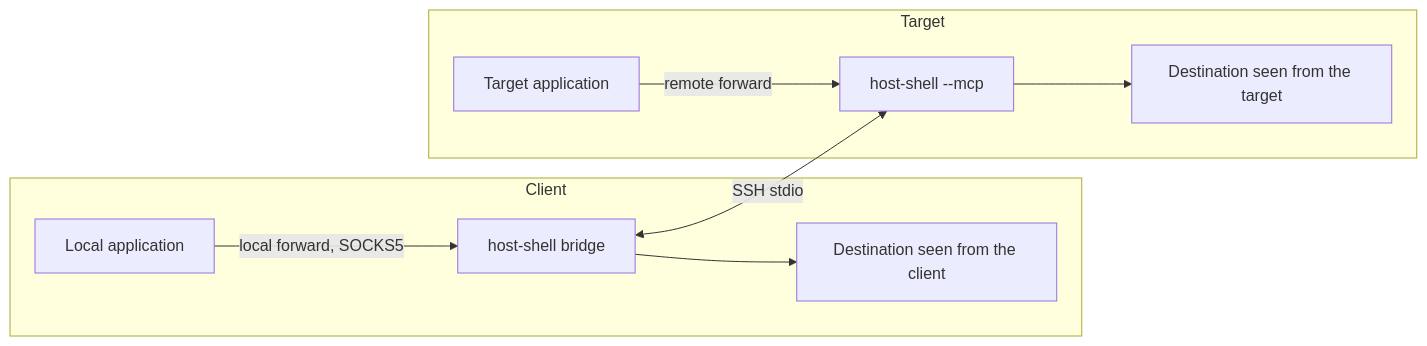
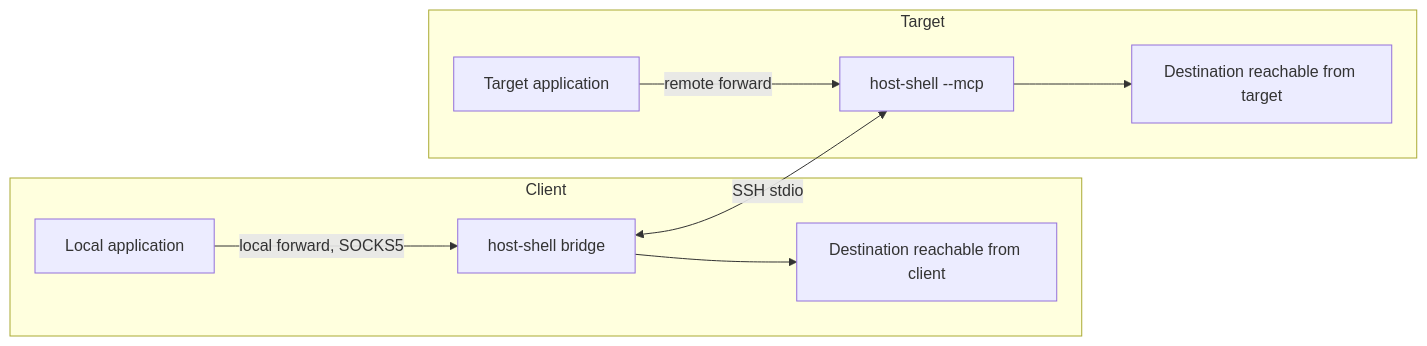
The diagram in docs/en/port-forward.md (Hondarer/host-shell-mcp), drawn with Mermaid before and after one commit. The commit also changed other lines of this file and 20 other files, not shown here.

````diff
--- a/docs/en/port-forward.md
+++ b/docs/en/port-forward.md
@@ -20,18 +20,18 @@
 ```mermaid
 flowchart LR
     subgraph client ["Client"]
         app1["Local application"]
         bridge["host-shell bridge"]
-        dst2["Destination seen from the client"]
+        dst2["Destination reachable from client"]
     end
     subgraph target ["Target"]
         remote["host-shell --mcp"]
-        dst1["Destination seen from the target"]
+        dst1["Destination reachable from target"]
         app2["Target application"]
     end
     app1 -->|"local forward, SOCKS5"| bridge
     bridge <-->|"SSH stdio"| remote
     remote --> dst1
     app2 -->|"remote forward"| remote
     bridge --> dst2
 ```
````
